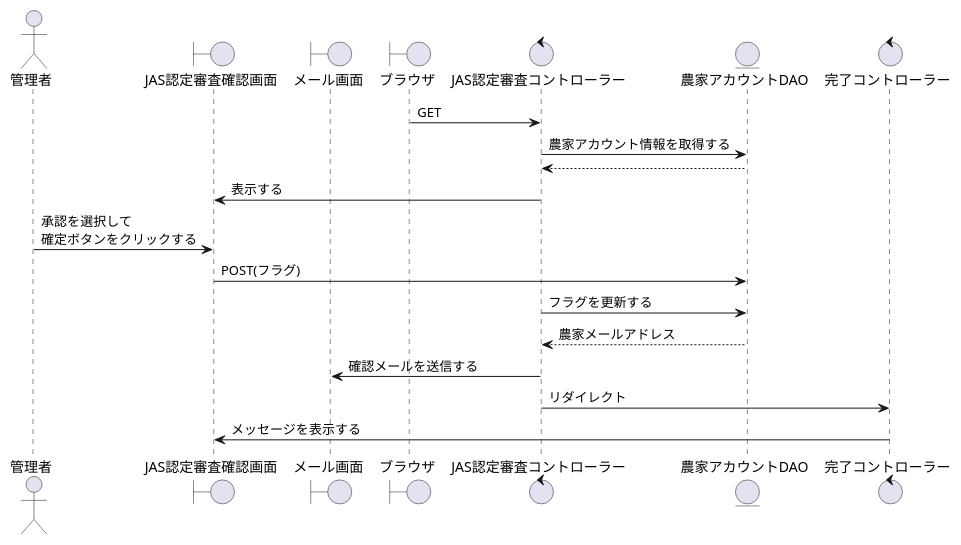
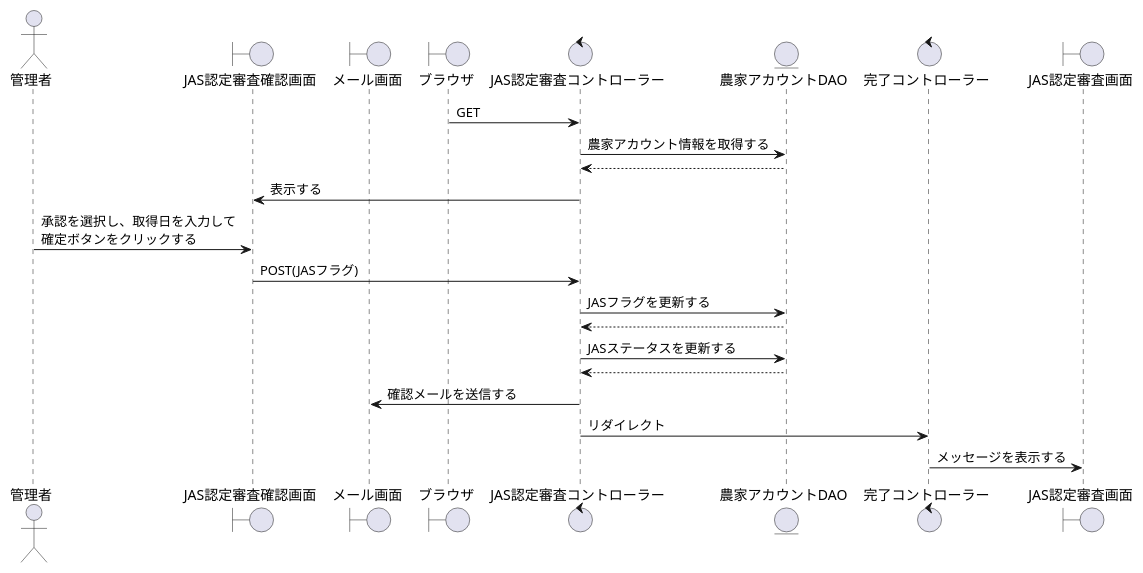
The diagram in PJ_シーケンス/管理者/JAS認定審査確認.wsd (SK-B-S/PJ), drawn with PlantUML before and after one commit. The commit also changed 13 other files, not shown here.

```diff
--- a/PJ_シーケンス/管理者/JAS認定審査確認.wsd
+++ b/PJ_シーケンス/管理者/JAS認定審査確認.wsd
@@ -1,25 +1,28 @@
 @startuml JAS認定審査表示
 
 actor    "管理者" as act
 boundary "JAS認定審査確認画面" as JAS_s
 boundary "メール画面" as mail
 boundary "ブラウザ" as brz
 control  "JAS認定審査コントローラー" as Acquisition_c
 entity   "農家アカウントDAO" as Farmer_DAO
 control  "完了コントローラー" as completion_c
+boundary "JAS認定審査画面" as JAS_s2
 
 '-------------------------------------------------------------------------------------------
 
 brz -> Acquisition_c : GET
 Acquisition_c -> Farmer_DAO : 農家アカウント情報を取得する
 Acquisition_c <-- Farmer_DAO
 JAS_s <- Acquisition_c : 表示する
-act -> JAS_s : 承認を選択して\n確定ボタンをクリックする
-JAS_s -> Farmer_DAO : POST(フラグ)
-Acquisition_c -> Farmer_DAO : フラグを更新する
-Farmer_DAO --> Acquisition_c : 農家メールアドレス
+act -> JAS_s : 承認を選択し、取得日を入力して\n確定ボタンをクリックする
+JAS_s -> Acquisition_c : POST(JASフラグ)
+Acquisition_c -> Farmer_DAO : JASフラグを更新する
+Farmer_DAO --> Acquisition_c
+Acquisition_c -> Farmer_DAO : JASステータスを更新する
+Farmer_DAO --> Acquisition_c
 Acquisition_c -> mail : 確認メールを送信する
 Acquisition_c -> completion_c : リダイレクト
-completion_c -> JAS_s : メッセージを表示する
+completion_c -> JAS_s2 : メッセージを表示する
 
 @enduml
```
